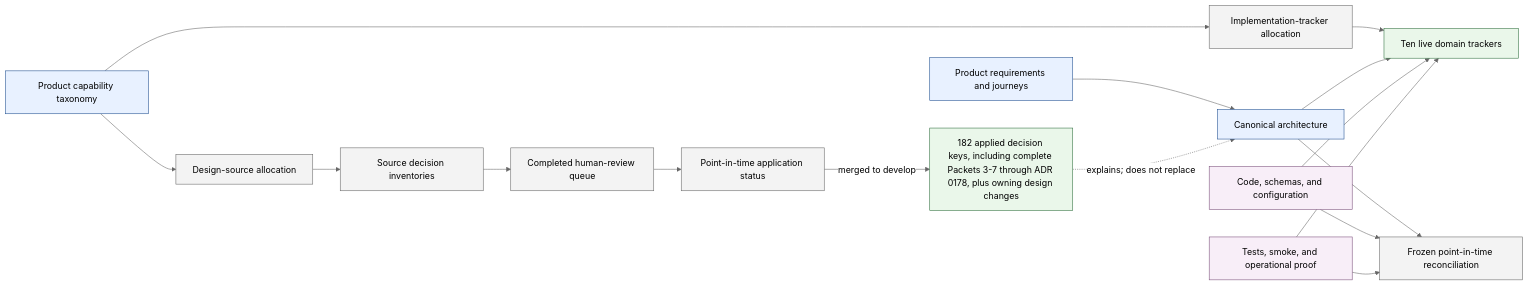
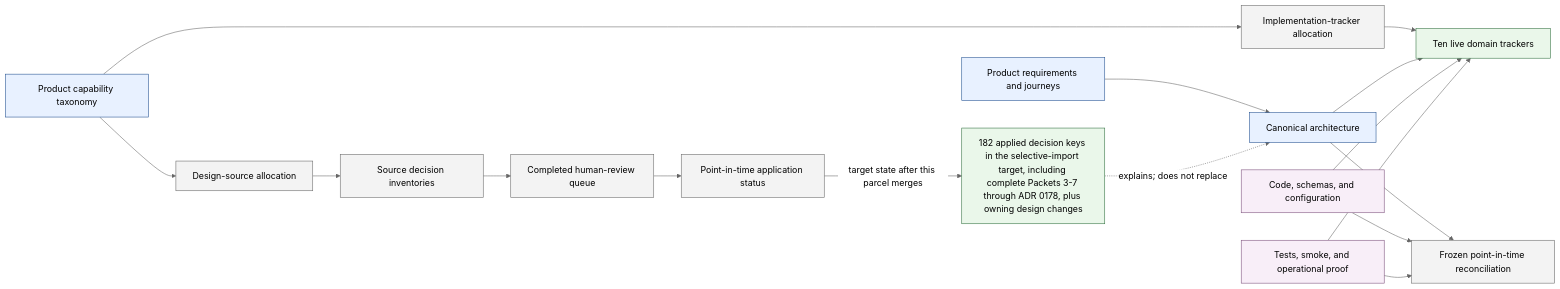
Before and after one commit to benhook1013/FireMUD: the diagram in design/project-management/design-alignment/README.md, drawn with Mermaid (neutral theme). The commit also changed 7 other files, not shown here.

````diff
--- a/design/project-management/design-alignment/README.md
+++ b/design/project-management/design-alignment/README.md
@@ -27,26 +27,26 @@
 ```mermaid
 flowchart LR
     PRODUCT[Product requirements and journeys]:::canonical --> ARCH[Canonical architecture]:::canonical
     TAXONOMY[Product capability taxonomy]:::canonical --> DESIGN_ALLOC[Design-source allocation]:::alignment
     DESIGN_ALLOC --> SOURCE_INV[Source decision inventories]:::alignment
     SOURCE_INV --> HUMAN_QUEUE[Completed human-review queue]:::alignment
     HUMAN_QUEUE --> APPLY[Point-in-time application status]:::alignment
-    APPLY -->|merged to develop| APPLIED_DECISIONS[182 applied decision keys, including complete Packets 3-7 through ADR 0178, plus owning design changes]:::status
+    APPLY -->|target state after this parcel merges| APPLIED_DECISIONS[182 applied decision keys in the selective-import target, including complete Packets 3-7 through ADR 0178, plus owning design changes]:::status
     APPLIED_DECISIONS -. explains; does not replace .-> ARCH
 
     TAXONOMY --> TRACKER_ALLOC[Implementation-tracker allocation]:::alignment
     TRACKER_ALLOC --> TRACKERS[Ten live domain trackers]:::status
     ARCH --> TRACKERS
     CODE[Code, schemas, and configuration]:::evidence --> TRACKERS
     PROOF[Tests, smoke, and operational proof]:::evidence --> TRACKERS
 
     ARCH --> RECON[Frozen point-in-time reconciliation]:::alignment
     CODE --> RECON
     PROOF --> RECON
 
     classDef canonical fill:#e8f1ff,stroke:#1f4f8f
     classDef alignment fill:#f3f3f3,stroke:#666
     classDef pending fill:#fff4d6,stroke:#9a6700
     classDef status fill:#eaf7ea,stroke:#2f6f3e
     classDef evidence fill:#f8eef8,stroke:#7a4e7a
 ```
````
